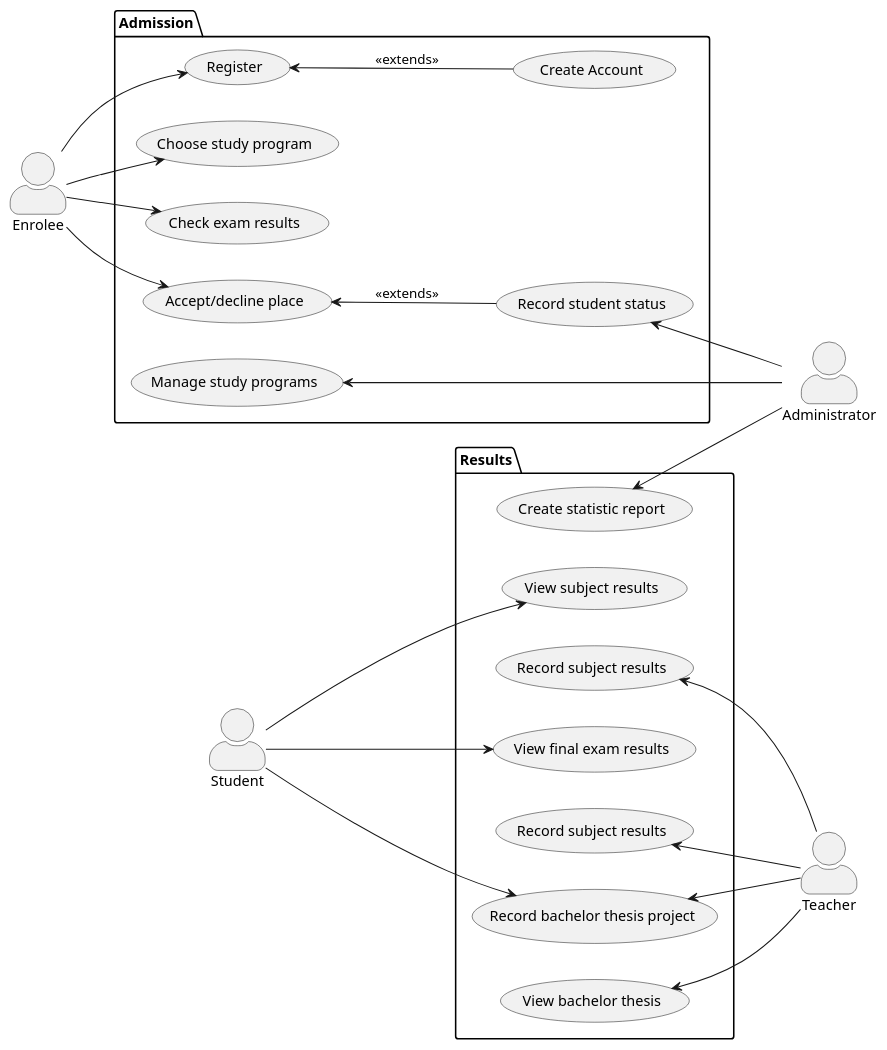
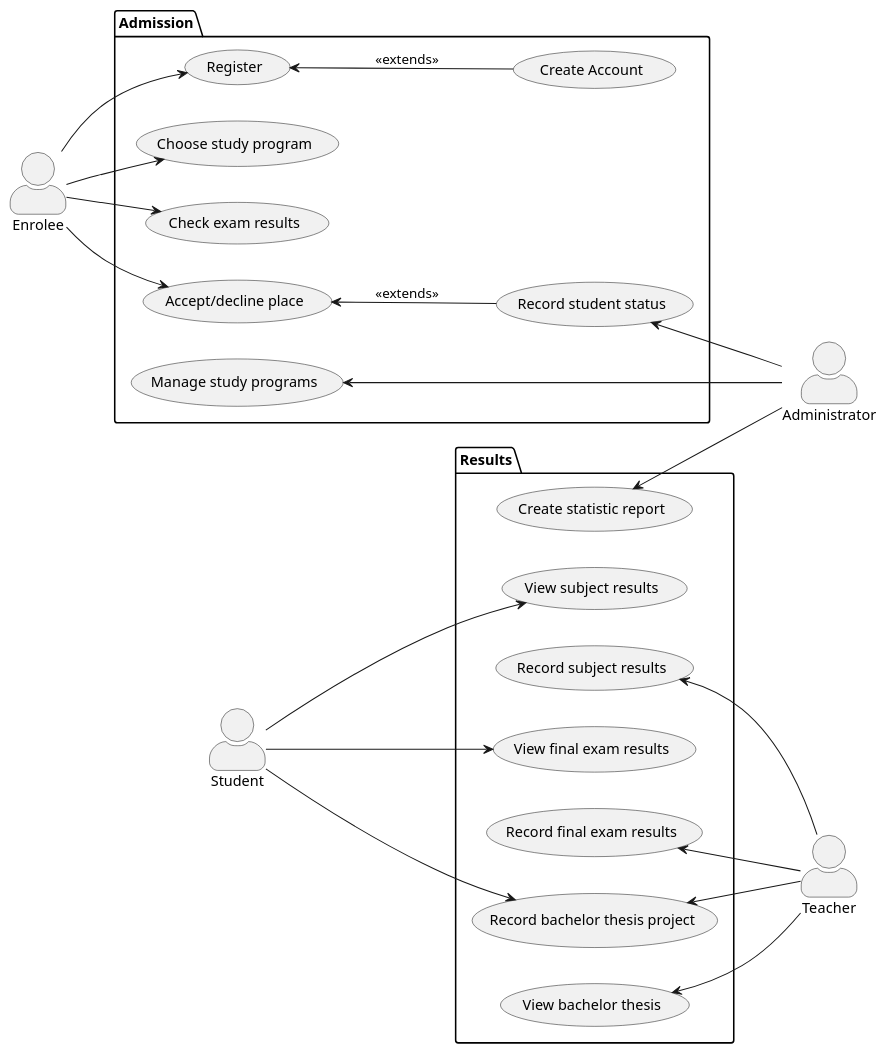
Before and after one commit to 915-Muscalagiu-AncaIoana/NSWI041: the diagram in seminar-work-template.md, drawn with PlantUML. The commit also changed 1 other file, not shown here.

Commit message:
diagram corrected

````diff
--- a/seminar-work-template.md
+++ b/seminar-work-template.md
@@ -49,51 +49,51 @@
 ```plantuml
 @startuml
 left to right direction
 
 skinparam actorStyle awesome
 actor Enrolee as e
 actor Administrator as a
 actor Student as s
 actor Teacher as t
 
 
 package Admission {
   usecase "Register" as UC1
   usecase "Create Account" as UC2
   usecase "Choose study program" as UC3
   usecase "Manage study programs" as UC4
   usecase "Check exam results" as UC5
   usecase "Record student status" as UC6
   usecase "Accept/decline place" as UC7
 }
 
 e --> UC1
 UC1 <-- UC2 : << extends >>
 e --> UC3
 UC4 <-- a
 e --> UC5
 UC6 <-- a 
 UC7 <-- UC6 : << extends >> 
 e --> UC7
 
 package Results {
   usecase "Create statistic report" as UC14
   usecase "View subject results" as UC8
   usecase "Record subject results" as UC9
   usecase "View final exam results" as UC10
-  usecase "Record subject results" as UC11
+  usecase "Record final exam results" as UC11
   usecase "Record bachelor thesis project" as UC12
   usecase "View bachelor thesis" as UC13
 }
 
 UC14 <-- a
 UC9 <-- t
 s --> UC8
 UC11 <-- t
 s --> UC10
 s --> UC12
 UC12 <-- t
 UC13 <-- t
 
 @enduml
 ```
````
